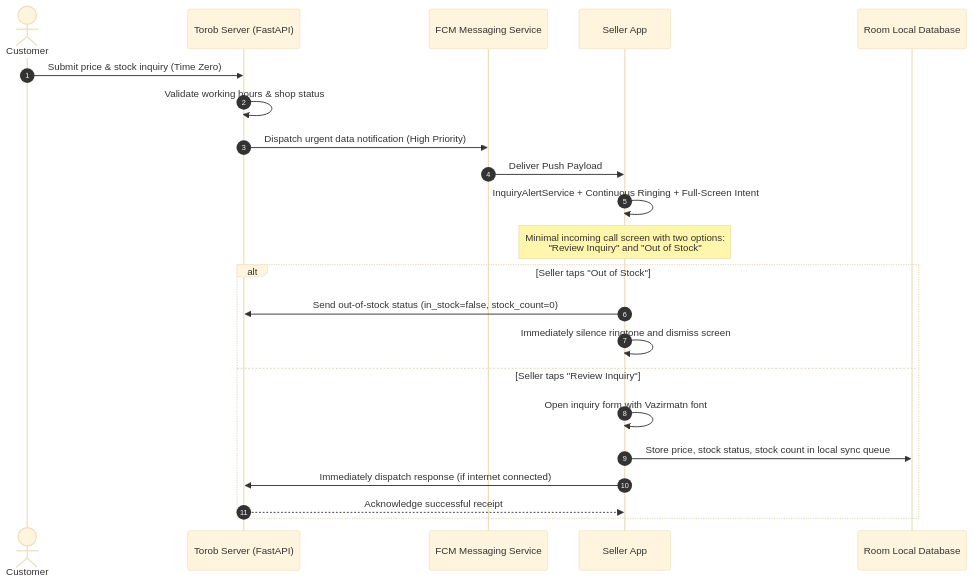
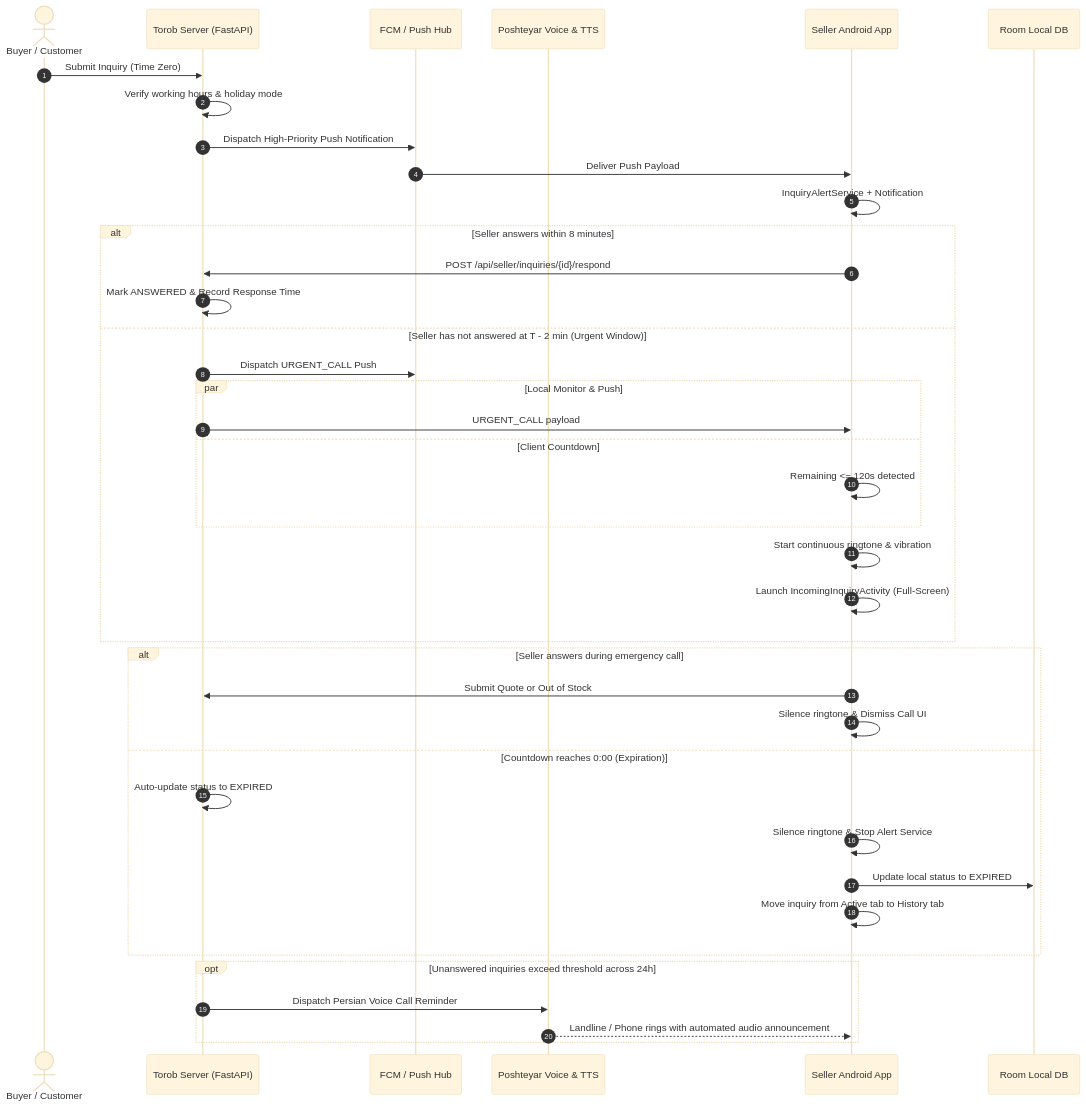
One commit to AliFazelniya/torob_merchant_app changed the diagram in API_DOCUMENTATION.md. Above: the diagram before and after it, drawn with Mermaid (base theme). The commit also changed other lines of this file and 5 other files, not shown here.

````diff
--- a/API_DOCUMENTATION.md
+++ b/API_DOCUMENTATION.md
@@ -15,25 +26,45 @@
 ```mermaid
 sequenceDiagram
     autonumber
-    actor Customer as Customer
+    actor Customer as Buyer / Customer
     participant Backend as Torob Server (FastAPI)
-    participant FCM as FCM Messaging Service
-    participant Android as Seller App
-    participant Room as Room Local Database
+    participant FCM as FCM / Push Hub
+    participant Poshteyar as Poshteyar Voice & TTS
+    participant Android as Seller Android App
+    participant Room as Room Local DB
 
-    Customer->>Backend: Submit price & stock inquiry (Time Zero)
-    Backend->>Backend: Validate working hours & shop status
-    Backend->>FCM: Dispatch urgent data notification (High Priority)
+    Customer->>Backend: Submit Inquiry (Time Zero)
+    Backend->>Backend: Verify working hours & holiday mode
+    Backend->>FCM: Dispatch High-Priority Push Notification
     FCM->>Android: Deliver Push Payload
-    Android->>Android: InquiryAlertService + Continuous Ringing + Full-Screen Intent
-    Note over Android: Minimal incoming call screen with two options:<br/>"Review Inquiry" and "Out of Stock"
-    alt Seller taps "Out of Stock"
-        Android->>Backend: Send out-of-stock status (in_stock=false, stock_count=0)
-        Android->>Android: Immediately silence ringtone and dismiss screen
-    else Seller taps "Review Inquiry"
-        Android->>Android: Open inquiry form with Vazirmatn font
-        Android->>Room: Store price, stock status, stock count in local sync queue
-        Android->>Backend: Immediately dispatch response (if internet connected)
-        Backend-->>Android: Acknowledge successful receipt
+    Android->>Android: InquiryAlertService + Notification
+
+    alt Seller answers within 8 minutes
+        Android->>Backend: POST /api/seller/inquiries/{id}/respond
+        Backend->>Backend: Mark ANSWERED & Record Response Time
+    else Seller has not answered at T - 2 min (Urgent Window)
+        Backend->>FCM: Dispatch URGENT_CALL Push
+        par Local Monitor & Push
+            Backend->>Android: URGENT_CALL payload
+        and Client Countdown
+            Android->>Android: Remaining <= 120s detected
+        end
+        Android->>Android: Start continuous ringtone & vibration
+        Android->>Android: Launch IncomingInquiryActivity (Full-Screen)
+    end
+
+    alt Seller answers during emergency call
+        Android->>Backend: Submit Quote or Out of Stock
+        Android->>Android: Silence ringtone & Dismiss Call UI
+    else Countdown reaches 0:00 (Expiration)
+        Backend->>Backend: Auto-update status to EXPIRED
+        Android->>Android: Silence ringtone & Stop Alert Service
+        Android->>Room: Update local status to EXPIRED
+        Android->>Android: Move inquiry from Active tab to History tab
+    end
+
+    opt Unanswered inquiries exceed threshold across 24h
+        Backend->>Poshteyar: Dispatch Persian Voice Call Reminder
+        Poshteyar-->>Android: Landline / Phone rings with automated audio announcement
     end
 ```
````
